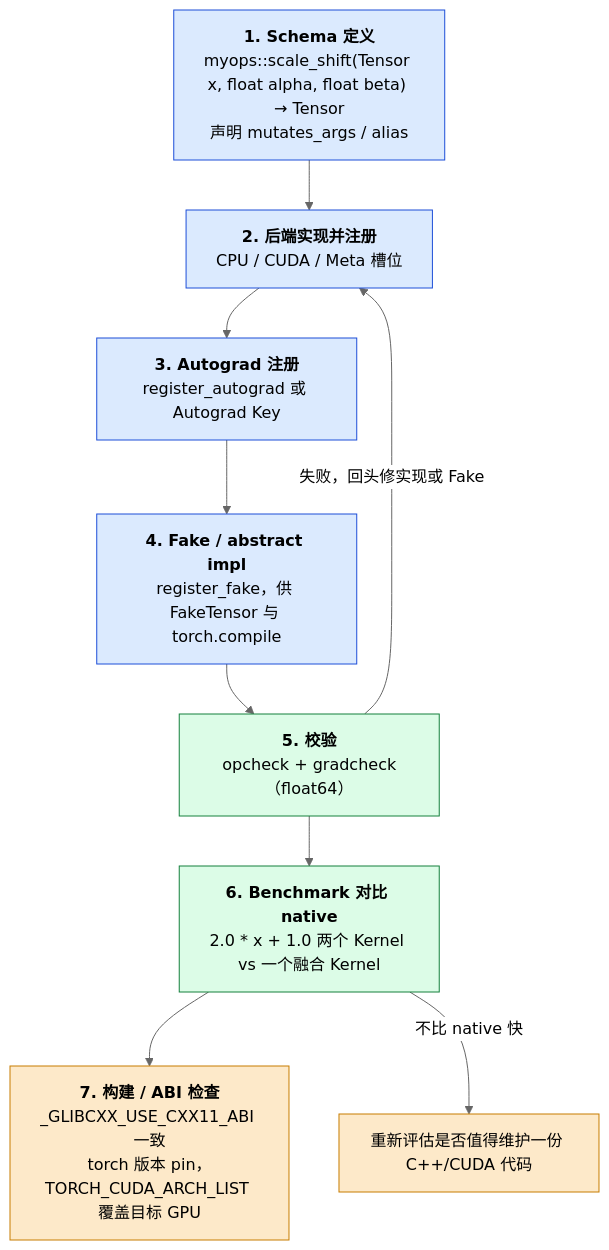
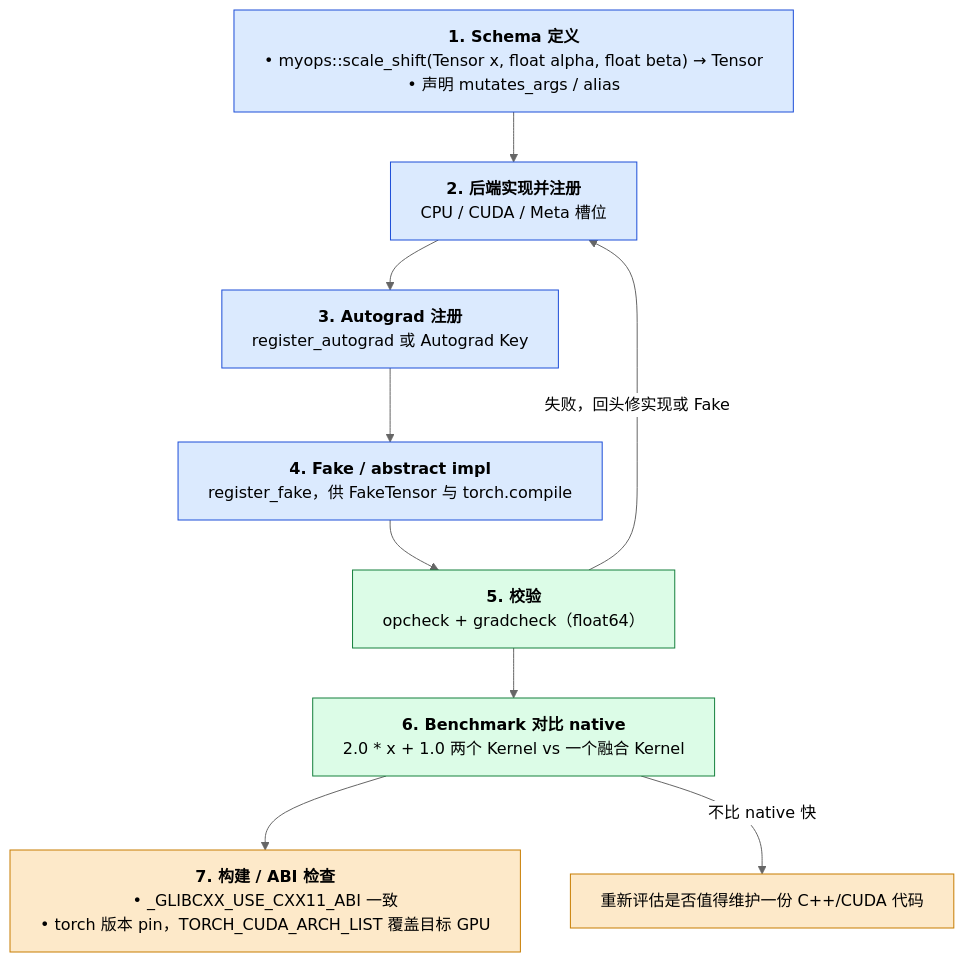
The seventh of 7 diagrams in _posts/2026-02-22-pytorch-cpp-extension-and-custom-operators.md (arganzheng/arganzheng.github.com), drawn with Mermaid (neutral theme) before and after one commit. The commit also changed other lines of this file and 9 other files, not shown here.

First line of the commit message:
PyTorch 系列其余 9 篇：流程图方框改成「标题 + 列表」

````diff
--- a/_posts/2026-02-22-pytorch-cpp-extension-and-custom-operators.md
+++ b/_posts/2026-02-22-pytorch-cpp-extension-and-custom-operators.md
@@ -1475,21 +1476,22 @@
 ```mermaid
+%%{init: {"flowchart": {"wrappingWidth": 620}}}%%
 %% 图：一个算子完成的七条标准：定义与注册、校验、Benchmark、构建与 ABI 检查
 flowchart TB
-    S1["<b>1. Schema 定义</b><br/>myops::scale_shift(Tensor x, float alpha, float beta) → Tensor<br/>声明 mutates_args / alias"]
+    S1["<b>1. Schema 定义</b><br/>• myops::scale_shift(Tensor x, float alpha, float beta) → Tensor<br/>• 声明 mutates_args / alias"]
     S2["<b>2. 后端实现并注册</b><br/>CPU / CUDA / Meta 槽位"]
     S3["<b>3. Autograd 注册</b><br/>register_autograd 或 Autograd Key"]
     S4["<b>4. Fake / abstract impl</b><br/>register_fake，供 FakeTensor 与 torch.compile"]
     S5["<b>5. 校验</b><br/>opcheck + gradcheck（float64）"]
     S6["<b>6. Benchmark 对比 native</b><br/>2.0 * x + 1.0 两个 Kernel vs 一个融合 Kernel"]
-    S7["<b>7. 构建 / ABI 检查</b><br/>_GLIBCXX_USE_CXX11_ABI 一致<br/>torch 版本 pin，TORCH_CUDA_ARCH_LIST 覆盖目标 GPU"]
+    S7["<b>7. 构建 / ABI 检查</b><br/>• _GLIBCXX_USE_CXX11_ABI 一致<br/>• torch 版本 pin，TORCH_CUDA_ARCH_LIST 覆盖目标 GPU"]
     R["重新评估是否值得维护一份 C++/CUDA 代码"]
     S1 --> S2 --> S3 --> S4 --> S5 --> S6 --> S7
     S5 -->|失败，回头修实现或 Fake| S2
     S6 -->|不比 native 快| R
     classDef table fill:#dbeafe,stroke:#1d4ed8;
     classDef verify fill:#dcfce7,stroke:#15803d;
     classDef ship fill:#fde9c9,stroke:#c77d00;
     class S1,S2,S3,S4 table;
     class S5,S6 verify;
     class S7,R ship;
 ```
````
